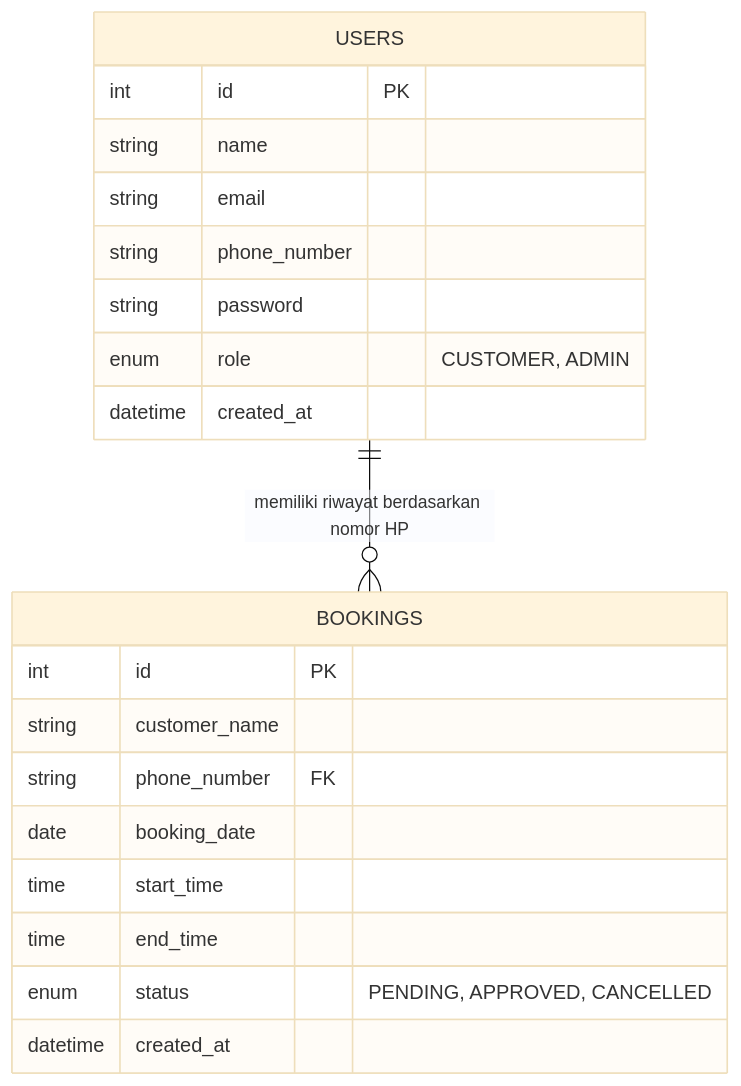
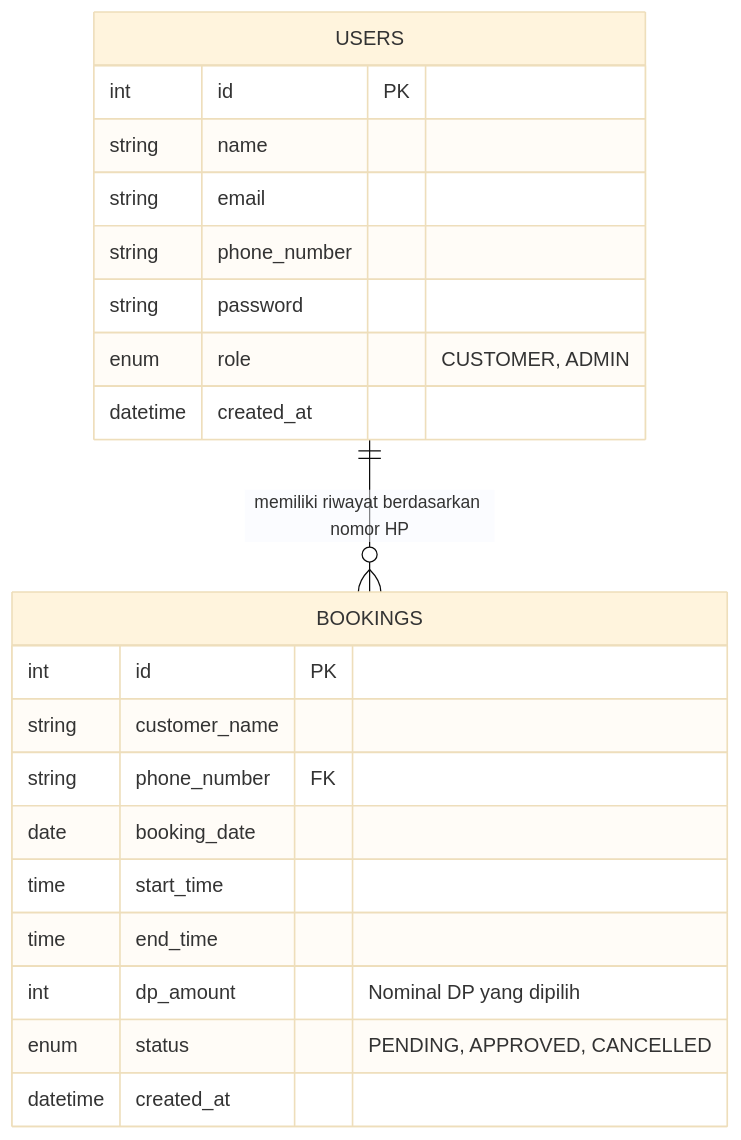
One commit to juffryfauziillyas-droid/siremins changed the second of 3 diagrams in TAHAP_PEMBUATAN_PROYEK.md. Above: the diagram before and after it, drawn with Mermaid (base theme). The commit also changed 11 other files, not shown here.

````diff
--- a/TAHAP_PEMBUATAN_PROYEK.md
+++ b/TAHAP_PEMBUATAN_PROYEK.md
@@ -64,23 +64,24 @@
 ```mermaid
 erDiagram
     USERS ||--o{ BOOKINGS : "memiliki riwayat berdasarkan nomor HP"
     USERS {
         int id PK
         string name
         string email
         string phone_number
         string password
         enum role "CUSTOMER, ADMIN"
         datetime created_at
     }
     BOOKINGS {
         int id PK
         string customer_name
         string phone_number FK
         date booking_date
         time start_time
         time end_time
+        int dp_amount "Nominal DP yang dipilih"
         enum status "PENDING, APPROVED, CANCELLED"
         datetime created_at
     }
 ```
````
